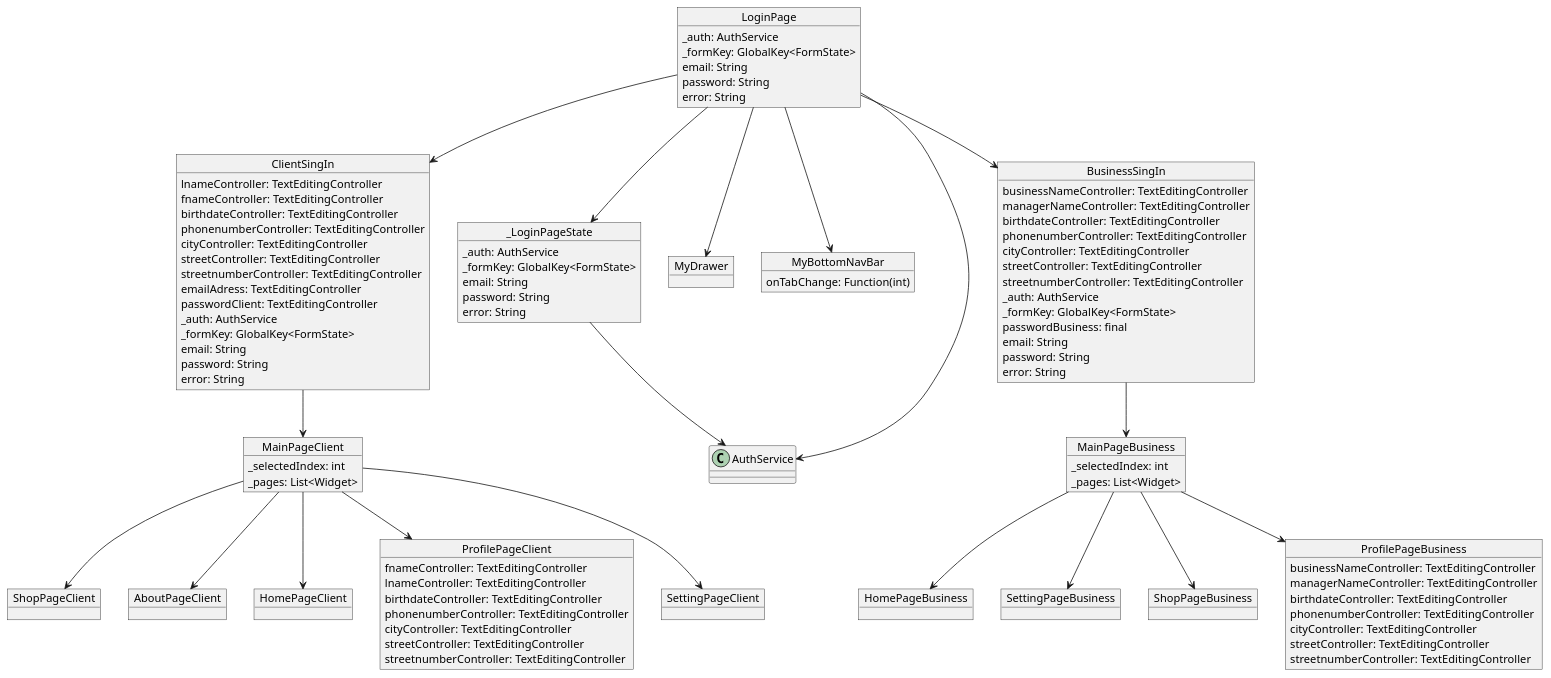
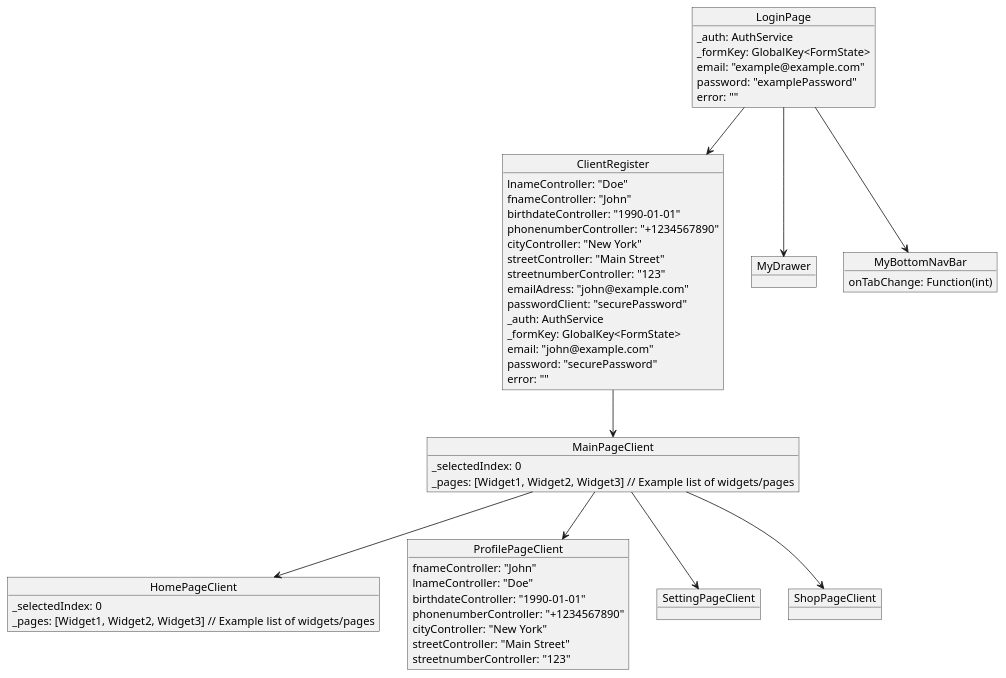
Before and after one commit to YehonatanFr/BarrelSnap: the diagram in UMLdiagram/BarrelSnap_ObjDiagram.puml, drawn with PlantUML. The commit also changed 10 other files, not shown here.

Commit message:
added the diagram for the assignment in a seperate folder

```diff
--- a/UMLdiagram/BarrelSnap_ObjDiagram.puml
+++ b/UMLdiagram/BarrelSnap_ObjDiagram.puml
@@ -1,129 +1,72 @@
 @startuml BarrelSnap_ObjectDiagram
 
 object LoginPage {
   _auth: AuthService
   _formKey: GlobalKey<FormState>
-  email: String
-  password: String
-  error: String
+  email: "example@example.com"
+  password: "examplePassword"
+  error: ""
 }
 
-object _LoginPageState {
+object ClientRegister {
+  lnameController: "Doe"
+  fnameController: "John"
+  birthdateController: "1990-01-01"
+  phonenumberController: "+1234567890"
+  cityController: "New York"
+  streetController: "Main Street"
+  streetnumberController: "123"
+  emailAdress: "john@example.com"
+  passwordClient: "securePassword"
   _auth: AuthService
   _formKey: GlobalKey<FormState>
-  email: String
-  password: String
-  error: String
-}
-
-object AboutPageClient {
-}
-
-object ClientSingIn {
-  lnameController: TextEditingController
-  fnameController: TextEditingController
-  birthdateController: TextEditingController
-  phonenumberController: TextEditingController
-  cityController: TextEditingController
-  streetController: TextEditingController
-  streetnumberController: TextEditingController
-  emailAdress: TextEditingController
-  passwordClient: TextEditingController
-  _auth: AuthService
-  _formKey: GlobalKey<FormState>
-  email: String
-  password: String
-  error: String
+  email: "john@example.com"
+  password: "securePassword"
+  error: ""
 }
 
 object HomePageClient {
+  _selectedIndex: 0
+  _pages: [Widget1, Widget2, Widget3]  // Example list of widgets/pages
 }
 
 object MainPageClient {
-  _selectedIndex: int
-  _pages: List<Widget>
+  _selectedIndex: 0
+  _pages: [Widget1, Widget2, Widget3]  // Example list of widgets/pages
 }
 
 object MyDrawer {
 }
 
 object MyBottomNavBar {
   onTabChange: Function(int)
 }
 
 object ProfilePageClient {
-  fnameController: TextEditingController
-  lnameController: TextEditingController
-  birthdateController: TextEditingController
-  phonenumberController: TextEditingController
-  cityController: TextEditingController
-  streetController: TextEditingController
-  streetnumberController: TextEditingController
+  fnameController: "John"
+  lnameController: "Doe"
+  birthdateController: "1990-01-01"
+  phonenumberController: "+1234567890"
+  cityController: "New York"
+  streetController: "Main Street"
+  streetnumberController: "123"
 }
 
 object SettingPageClient {
 }
 
 object ShopPageClient {
 }
 
-object BusinessSingIn {
-  businessNameController: TextEditingController
-  managerNameController: TextEditingController
-  birthdateController: TextEditingController
-  phonenumberController: TextEditingController
-  cityController: TextEditingController
-  streetController: TextEditingController
-  streetnumberController: TextEditingController
-  _auth: AuthService
-  _formKey: GlobalKey<FormState>
-  passwordBusiness: final
-  email: String
-  password: String
-  error: String
-}
-
-object ProfilePageBusiness {
-  businessNameController: TextEditingController
-  managerNameController: TextEditingController
-  birthdateController: TextEditingController
-  phonenumberController: TextEditingController
-  cityController: TextEditingController
-  streetController: TextEditingController
-  streetnumberController: TextEditingController
-}
-
-object HomePageBusiness {
-}
-
-object SettingPageBusiness {
-}
-
-object ShopPageBusiness {
-}
-
-object MainPageBusiness {
-  _selectedIndex: int
-  _pages: List<Widget>
-}
-
-LoginPage --> _LoginPageState
-LoginPage --> AuthService
-_LoginPageState --> AuthService
-LoginPage --> ClientSingIn
-LoginPage --> BusinessSingIn
+LoginPage --> ClientRegister
 LoginPage --> MyDrawer
 LoginPage --> MyBottomNavBar
-ClientSingIn --> MainPageClient
-BusinessSingIn --> MainPageBusiness
+
+ClientRegister --> MainPageClient
+
 MainPageClient --> HomePageClient
 MainPageClient --> ShopPageClient
 MainPageClient --> ProfilePageClient
 MainPageClient --> SettingPageClient
-MainPageClient --> AboutPageClient
-MainPageBusiness --> HomePageBusiness
-MainPageBusiness --> ShopPageBusiness
-MainPageBusiness --> ProfilePageBusiness
-MainPageBusiness --> SettingPageBusiness
 
 @enduml
```
